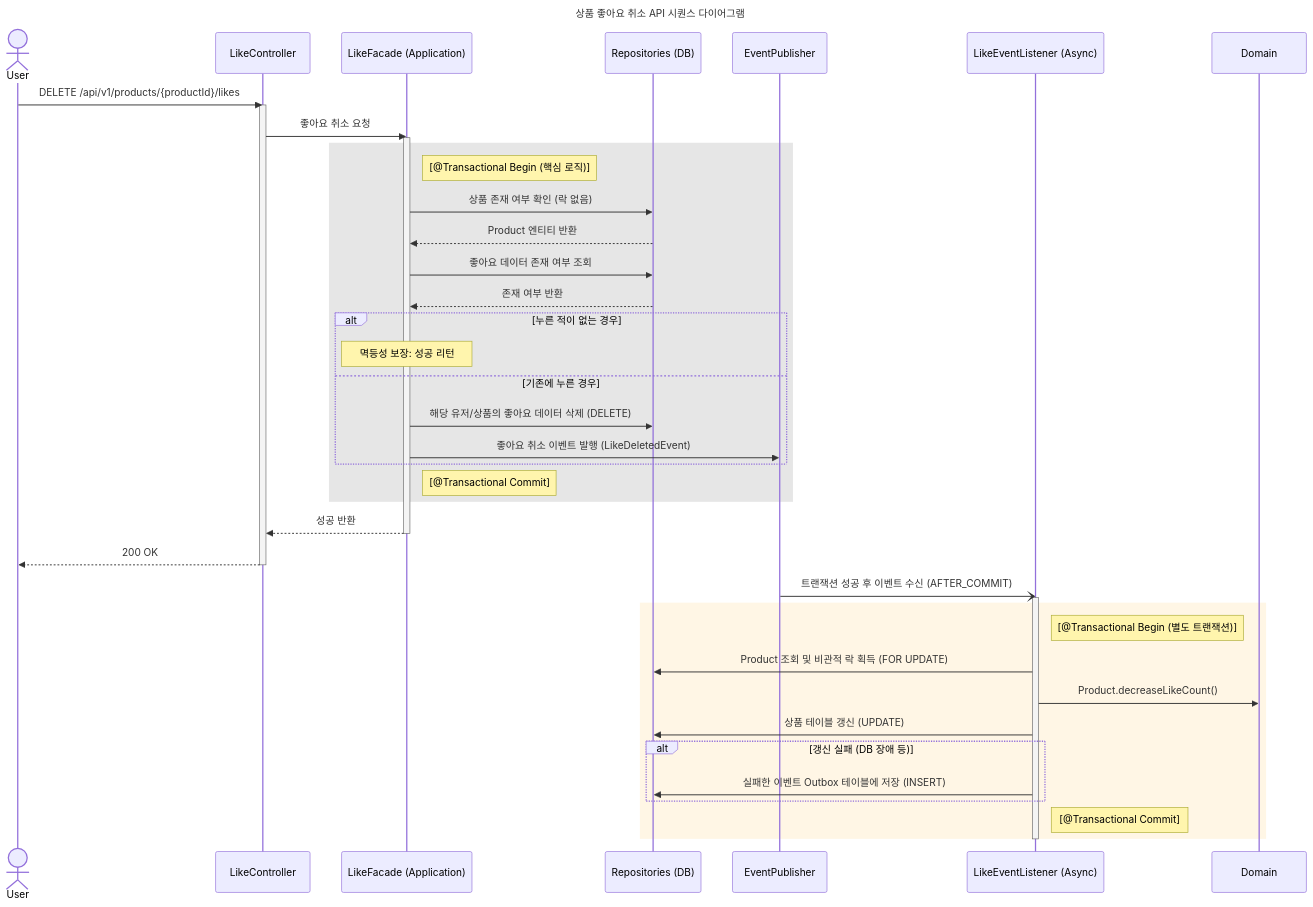
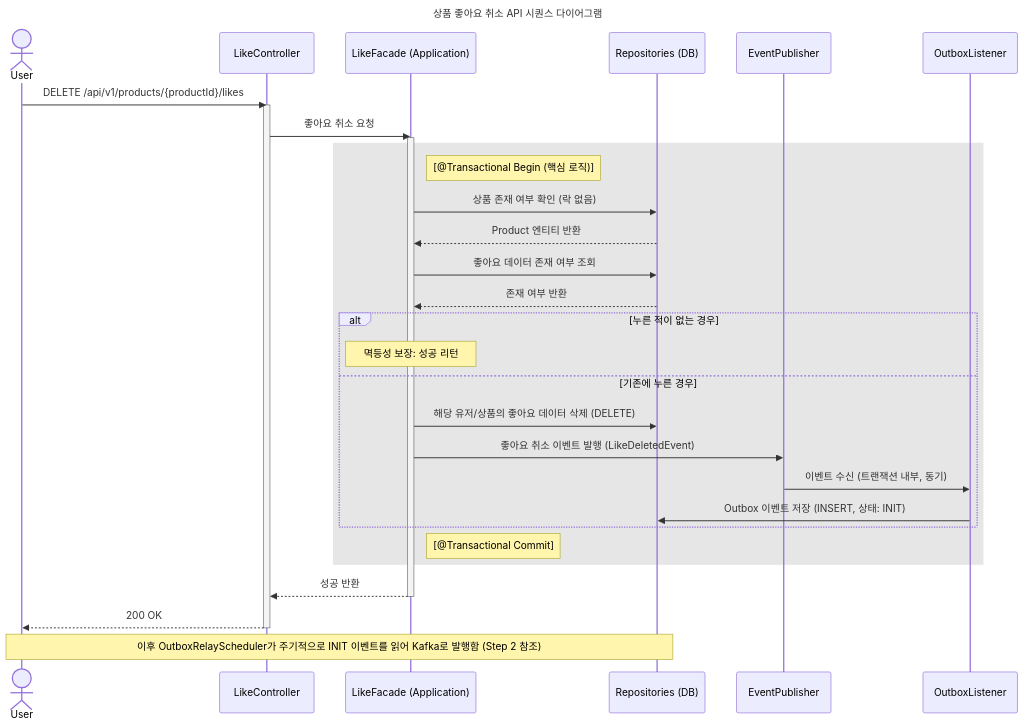
The sixth of 12 diagrams in docs/week2/02-sequence-diagrams.md (eelseungmin/loop-pack-be-l2-vol4-java), drawn with Mermaid before and after one commit. The commit also changed other lines of this file and 4 other files, not shown here.

````diff
--- a/docs/week2/02-sequence-diagrams.md
+++ b/docs/week2/02-sequence-diagrams.md
@@ -250,56 +260,42 @@
 ```mermaid
 sequenceDiagram
     title 상품 좋아요 취소 API 시퀀스 다이어그램
     actor User
     participant Controller as LikeController
     participant Facade as LikeFacade (Application)
     participant Repo as Repositories (DB)
 
     User->>Controller: DELETE /api/v1/products/{productId}/likes
     activate Controller
 
     Controller->>Facade: 좋아요 취소 요청
     activate Facade
 
     rect rgba(128, 128, 128, 0.2)
         Note right of Facade: [@Transactional Begin (핵심 로직)]
 
         Facade->>Repo: 상품 존재 여부 확인 (락 없음)
         Repo-->>Facade: Product 엔티티 반환
 
         Facade->>Repo: 좋아요 데이터 존재 여부 조회
         Repo-->>Facade: 존재 여부 반환
 
         alt 누른 적이 없는 경우
             Note over Facade: 멱등성 보장: 성공 리턴
         else 기존에 누른 경우
             Facade->>Repo: 해당 유저/상품의 좋아요 데이터 삭제 (DELETE)
             Facade->>EventPublisher: 좋아요 취소 이벤트 발행 (LikeDeletedEvent)
+            EventPublisher->>OutboxListener: 이벤트 수신 (트랜잭션 내부, 동기)
+            OutboxListener->>Repo: Outbox 이벤트 저장 (INSERT, 상태: INIT)
         end
         Note right of Facade: [@Transactional Commit]
     end
 
     Facade-->>Controller: 성공 반환
     deactivate Facade
     
     Controller-->>User: 200 OK
     deactivate Controller
 
-    %% 비동기 이벤트 처리 (좋아요 집계)
-    participant EventListener as LikeEventListener (Async)
-    EventPublisher-)EventListener: 트랜잭션 성공 후 이벤트 수신 (AFTER_COMMIT)
-    activate EventListener
-    
-    rect rgba(255, 165, 0, 0.1)
-        Note right of EventListener: [@Transactional Begin (별도 트랜잭션)]
-        EventListener->>Repo: Product 조회 및 비관적 락 획득 (FOR UPDATE)
-        EventListener->>Domain: Product.decreaseLikeCount()
-        EventListener->>Repo: 상품 테이블 갱신 (UPDATE)
-        
-        alt 갱신 실패 (DB 장애 등)
-            EventListener->>Repo: 실패한 이벤트 Outbox 테이블에 저장 (INSERT)
-        end
-        Note right of EventListener: [@Transactional Commit]
-    end
-    deactivate EventListener
+    Note over User, Repo: 이후 OutboxRelayScheduler가 주기적으로 INIT 이벤트를 읽어 Kafka로 발행함 (Step 2 참조)
 ```
````
